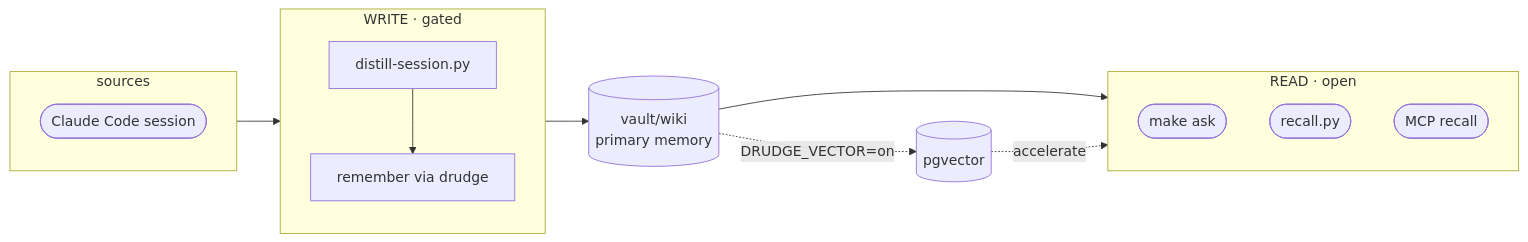
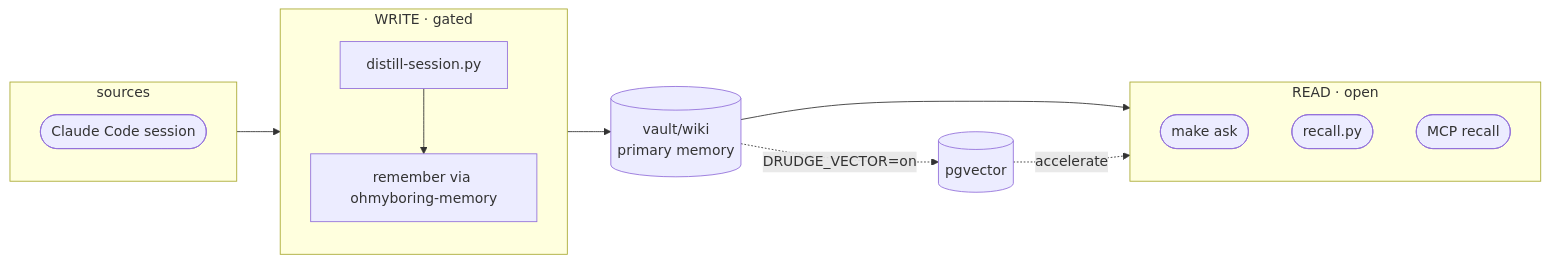
The diagram in README.md (jazz1x/ohmyboring), drawn with Mermaid before and after one commit. The commit also changed other lines of this file and 16 other files, not shown here.

First line of the commit message:
refactor(mcp): rename MCP server from drudge to ohmyboring-memory

````diff
--- a/README.md
+++ b/README.md
@@ -51,18 +51,18 @@
 ```mermaid
 flowchart LR
   subgraph SRC [sources]
     CC([Claude Code session])
   end
   subgraph WRITE [WRITE · gated]
-    D["distill-session.py"] --> REM["remember via drudge"]
+    D["distill-session.py"] --> REM["remember via ohmyboring-memory"]
   end
   WIKI[("vault/wiki<br/>primary memory")]
   subgraph RD [READ · open]
     ASK([make ask])
     REC([recall.py])
     MCP([MCP recall])
   end
   SRC --> WRITE --> WIKI --> RD
   WIKI -. "DRUDGE_VECTOR=on" .-> PG[("pgvector")]
   PG -. accelerate .-> RD
 ```
````
